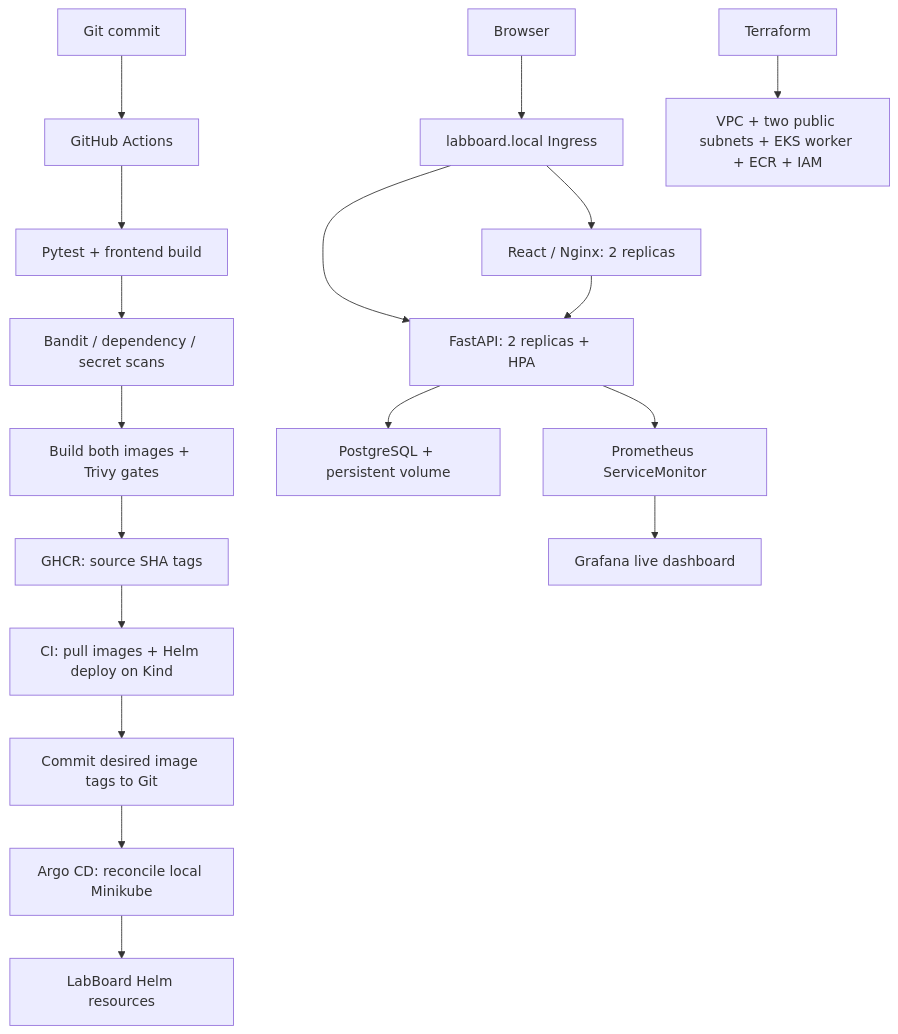
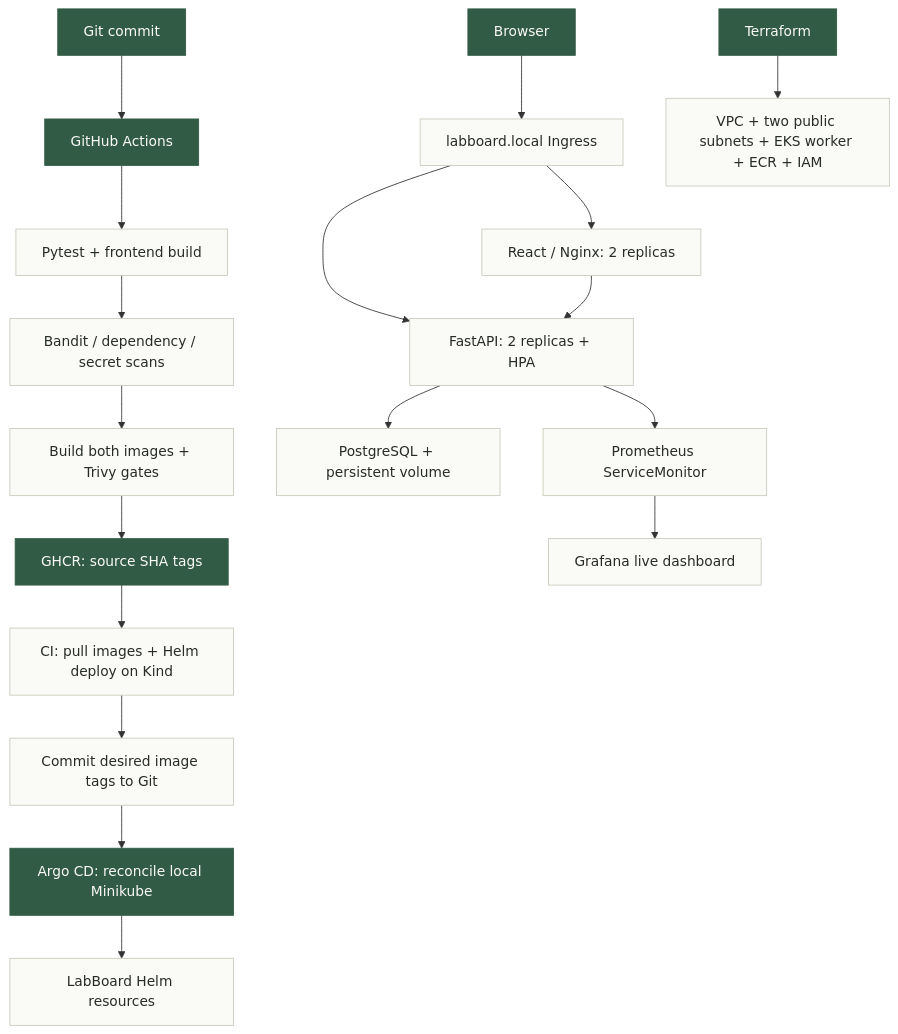
One commit to vedanshun05/devops-heros changed the diagram in session21-python/README.md. Above: the diagram before and after it, drawn with Mermaid. The commit also changed other lines of this file and 1 other file, not shown here.

````diff
--- a/session21-python/README.md
+++ b/session21-python/README.md
@@ -31,20 +68,24 @@
 ```mermaid
 flowchart TD
   Developer[Git commit] --> Actions[GitHub Actions]
   Actions --> Tests[Pytest + frontend build]
   Tests --> Security[Bandit / dependency / secret scans]
   Security --> Images[Build both images + Trivy gates]
   Images --> GHCR[GHCR: source SHA tags]
   GHCR --> Kind[CI: pull images + Helm deploy on Kind]
   Kind --> Promotion[Commit desired image tags to Git]
   Promotion --> Argo[Argo CD: reconcile local Minikube]
   Argo --> Helm[LabBoard Helm resources]
   Browser --> Ingress[labboard.local Ingress]
   Ingress --> Frontend[React / Nginx: 2 replicas]
   Ingress --> Backend[FastAPI: 2 replicas + HPA]
   Frontend --> Backend
   Backend --> DB[PostgreSQL + persistent volume]
   Backend --> Metrics[Prometheus ServiceMonitor]
   Metrics --> Grafana[Grafana live dashboard]
   Terraform --> AWS[VPC + two public subnets + EKS worker + ECR + IAM]
+  classDef green fill:#315b45,color:#fafaf7,stroke:#315b45;
+  classDef paper fill:#fafaf7,color:#272c28,stroke:#c6cdbb;
+  class Developer,Actions,GHCR,Argo,Browser,Terraform green;
+  class Tests,Security,Images,Kind,Promotion,Helm,Ingress,Frontend,Backend,DB,Metrics,Grafana,AWS paper;
 ```
````
